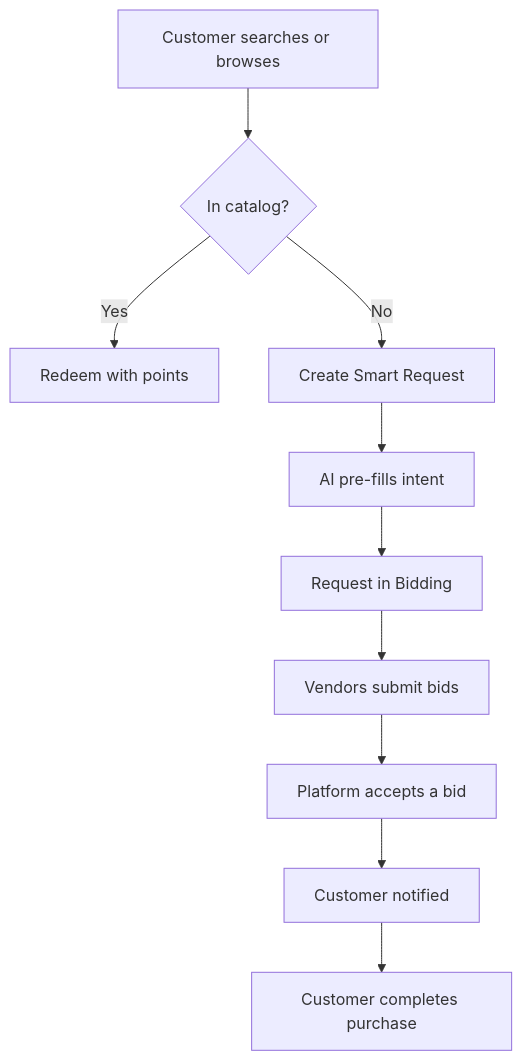
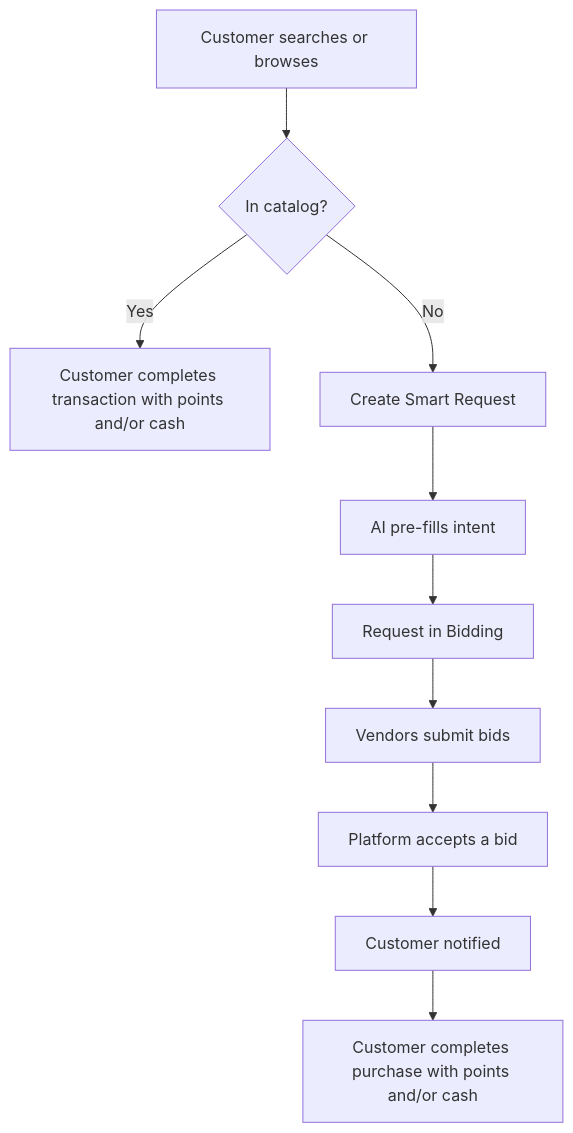
The diagram in README.md (OrangeAKA/reverseMarketplace_), drawn with Mermaid before and after one commit. The commit also changed other lines of this file, not shown here.

Commit message:
Update README: flow diagram (points and/or cash), em dash and AI-phrasing cleanup

````diff
--- a/README.md
+++ b/README.md
@@ -47,12 +47,12 @@
 ```mermaid
 flowchart TD
   Start[Customer searches or browses] --> InCatalog{In catalog?}
-  InCatalog -->|Yes| Redeem[Redeem with points]
+  InCatalog -->|Yes| Complete[Customer completes transaction with points and/or cash]
   InCatalog -->|No| SmartReq[Create Smart Request]
   SmartReq --> AI[AI pre-fills intent]
   AI --> Bidding[Request in Bidding]
   Bidding --> Vendors[Vendors submit bids]
   Vendors --> Accept[Platform accepts a bid]
   Accept --> Notify[Customer notified]
-  Notify --> Purchase[Customer completes purchase]
+  Notify --> Purchase[Customer completes purchase with points and/or cash]
 ```
````
